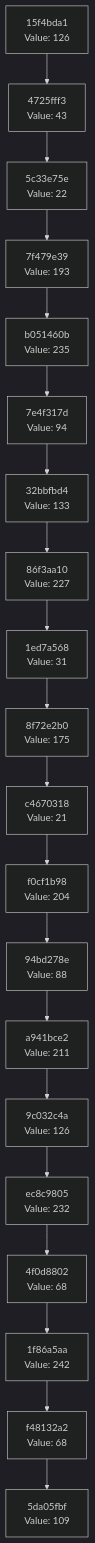
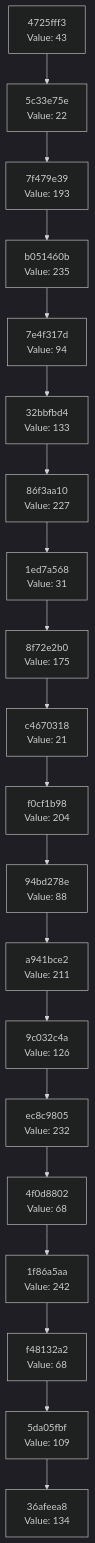
Before and after one commit to Abhisheksinha1506/hash-chain-evolver: the diagram in docs/CHAIN_VISUALIZATION.md, drawn with Mermaid (dark theme). The commit also changed 3 other files, not shown here.

````diff
--- a/docs/CHAIN_VISUALIZATION.md
+++ b/docs/CHAIN_VISUALIZATION.md
@@ -3,42 +3,42 @@
 ```mermaid
 graph TD
-    C0["5da05fbf<br/>Value: 109"]
-    C1["f48132a2<br/>Value: 68"]
+    C0["36afeea8<br/>Value: 134"]
+    C1["5da05fbf<br/>Value: 109"]
     C1 --> C0
-    C2["1f86a5aa<br/>Value: 242"]
+    C2["f48132a2<br/>Value: 68"]
     C2 --> C1
-    C3["4f0d8802<br/>Value: 68"]
+    C3["1f86a5aa<br/>Value: 242"]
     C3 --> C2
-    C4["ec8c9805<br/>Value: 232"]
+    C4["4f0d8802<br/>Value: 68"]
     C4 --> C3
-    C5["9c032c4a<br/>Value: 126"]
+    C5["ec8c9805<br/>Value: 232"]
     C5 --> C4
-    C6["a941bce2<br/>Value: 211"]
+    C6["9c032c4a<br/>Value: 126"]
     C6 --> C5
-    C7["94bd278e<br/>Value: 88"]
+    C7["a941bce2<br/>Value: 211"]
     C7 --> C6
-    C8["f0cf1b98<br/>Value: 204"]
+    C8["94bd278e<br/>Value: 88"]
     C8 --> C7
-    C9["c4670318<br/>Value: 21"]
+    C9["f0cf1b98<br/>Value: 204"]
     C9 --> C8
-    C10["8f72e2b0<br/>Value: 175"]
+    C10["c4670318<br/>Value: 21"]
     C10 --> C9
-    C11["1ed7a568<br/>Value: 31"]
+    C11["8f72e2b0<br/>Value: 175"]
     C11 --> C10
-    C12["86f3aa10<br/>Value: 227"]
+    C12["1ed7a568<br/>Value: 31"]
     C12 --> C11
-    C13["32bbfbd4<br/>Value: 133"]
+    C13["86f3aa10<br/>Value: 227"]
     C13 --> C12
-    C14["7e4f317d<br/>Value: 94"]
+    C14["32bbfbd4<br/>Value: 133"]
     C14 --> C13
-    C15["b051460b<br/>Value: 235"]
+    C15["7e4f317d<br/>Value: 94"]
     C15 --> C14
-    C16["7f479e39<br/>Value: 193"]
+    C16["b051460b<br/>Value: 235"]
     C16 --> C15
-    C17["5c33e75e<br/>Value: 22"]
+    C17["7f479e39<br/>Value: 193"]
     C17 --> C16
-    C18["4725fff3<br/>Value: 43"]
+    C18["5c33e75e<br/>Value: 22"]
     C18 --> C17
-    C19["15f4bda1<br/>Value: 126"]
+    C19["4725fff3<br/>Value: 43"]
     C19 --> C18
 ```
````
